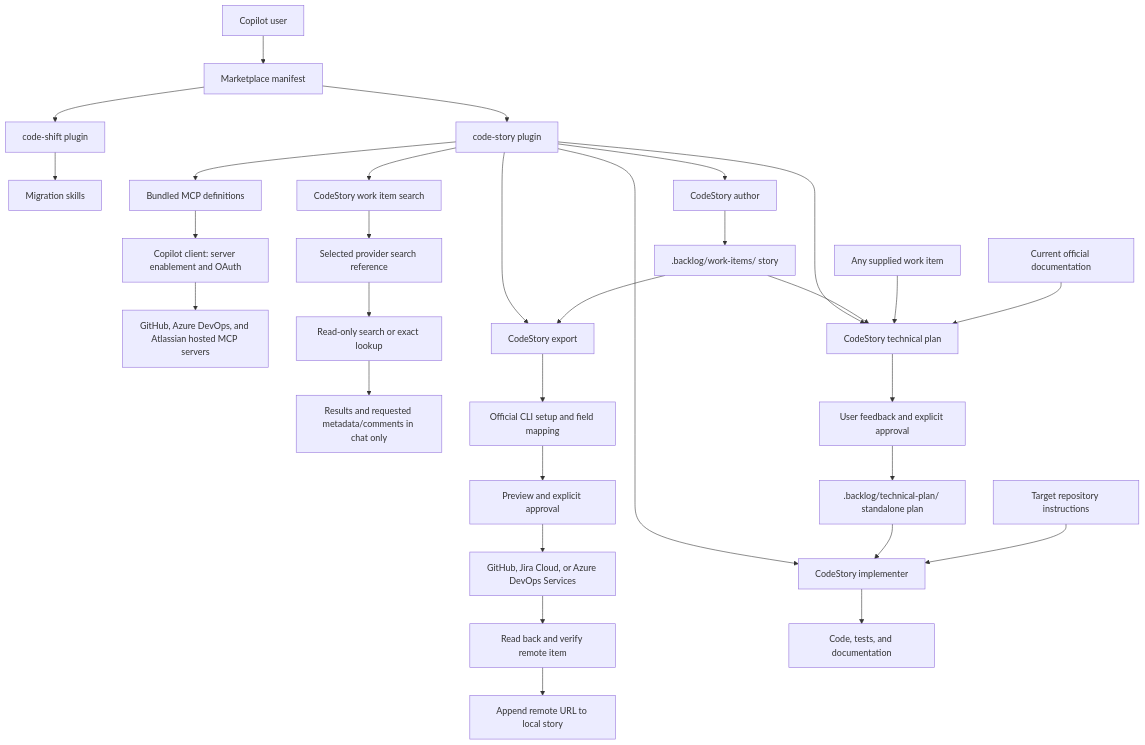
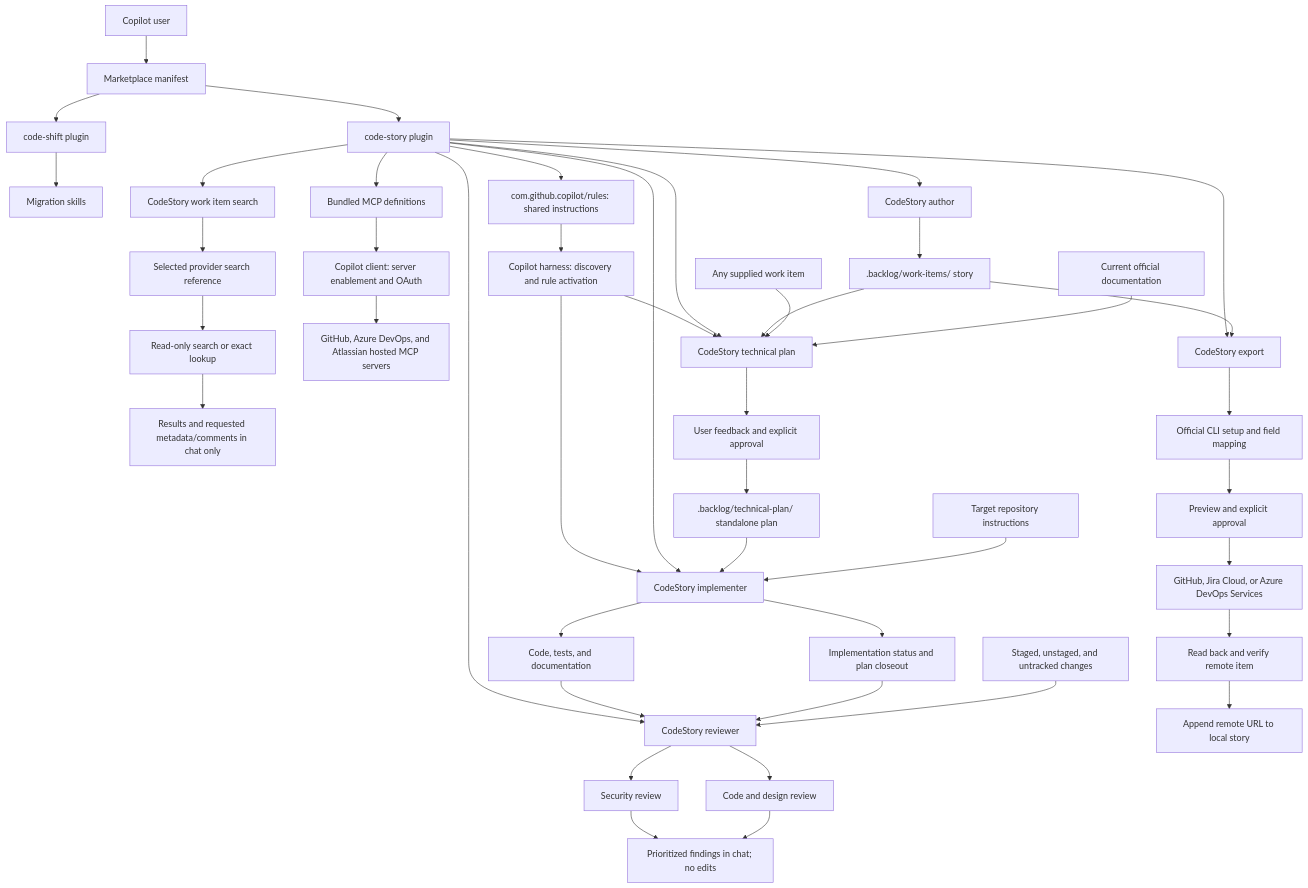
One commit to krprashantpk/krprashantpk-plugins changed the diagram in architecture.md. Above: the diagram before and after it, drawn with Mermaid. The commit also changed other lines of this file and 14 other files, not shown here.

````diff
--- a/architecture.md
+++ b/architecture.md
@@ -10,33 +5,46 @@
 ```mermaid
 flowchart TD
     User[Copilot user] --> Marketplace[Marketplace manifest]
     Marketplace --> CodeShift[code-shift plugin]
     Marketplace --> CodeStory[code-story plugin]
     CodeShift --> MigrationSkills[Migration skills]
+    CodeStory --> Rules[com.github.copilot/rules: shared instructions]
+    Rules --> Harness[Copilot harness: discovery and rule activation]
+    Harness --> Plan
+    Harness --> Implement
     CodeStory --> MCP[Bundled MCP definitions]
     MCP --> Client[Copilot client: server enablement and OAuth]
     Client --> Hosted[GitHub, Azure DevOps, and Atlassian hosted MCP servers]
     CodeStory --> Search[CodeStory work item search]
     Search --> SearchReference[Selected provider search reference]
     SearchReference --> ReadOnly[Read-only search or exact lookup]
     ReadOnly --> Chat[Results and requested metadata/comments in chat only]
     CodeStory --> Author[CodeStory author]
     CodeStory --> Export[CodeStory export]
     CodeStory --> Plan[CodeStory technical plan]
     CodeStory --> Implement[CodeStory implementer]
+    CodeStory --> Reviewer[CodeStory reviewer]
     Author --> Story[.backlog/work-items/ story]
     Story --> Export
     Export --> Setup[Official CLI setup and field mapping]
     Setup --> Preview[Preview and explicit approval]
     Preview --> Provider[GitHub, Jira Cloud, or Azure DevOps Services]
     Provider --> Verified[Read back and verify remote item]
     Verified --> Links[Append remote URL to local story]
     Story --> Plan
     WorkItem[Any supplied work item] --> Plan
     OfficialDocs[Current official documentation] --> Plan
     Plan --> Approval[User feedback and explicit approval]
     Approval --> PlanFile[.backlog/technical-plan/ standalone plan]
     PlanFile --> Implement
     RepoRules[Target repository instructions] --> Implement
     Implement --> Code[Code, tests, and documentation]
+    Implement --> Closeout[Implementation status and plan closeout]
+    Code --> Reviewer
+    Closeout --> Reviewer
+    LocalChanges[Staged, unstaged, and untracked changes] --> Reviewer
+    Reviewer --> Security[Security review]
+    Reviewer --> Design[Code and design review]
+    Security --> Findings[Prioritized findings in chat; no edits]
+    Design --> Findings
 ```
````
